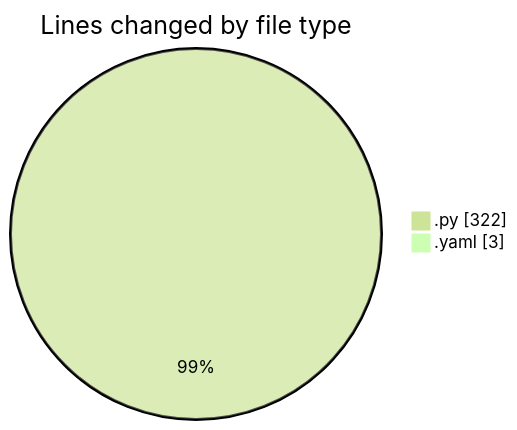
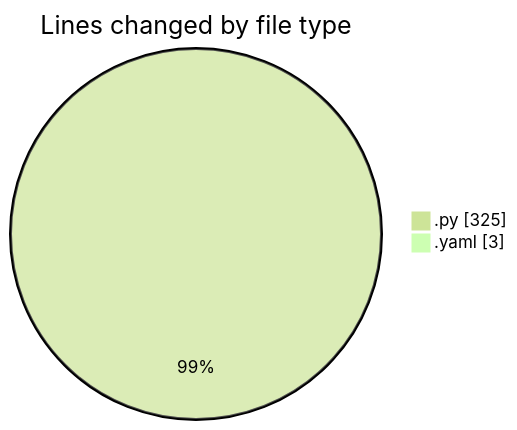
The first of 2 diagrams in 2025-03-09/myws__workspace_/README.md (MatusMokan/code-tracking), drawn with Mermaid (forest theme) before and after one commit. The commit also changed other lines of this file and 1 other file, not shown here.

````diff
--- a/2025-03-09/myws__workspace_/README.md
+++ b/2025-03-09/myws__workspace_/README.md
@@ -21,6 +21,6 @@
 ```mermaid
 pie showData
 title Lines changed by file type
-".py" : 322
+".py" : 325
 ".yaml" : 3
 ```
````
